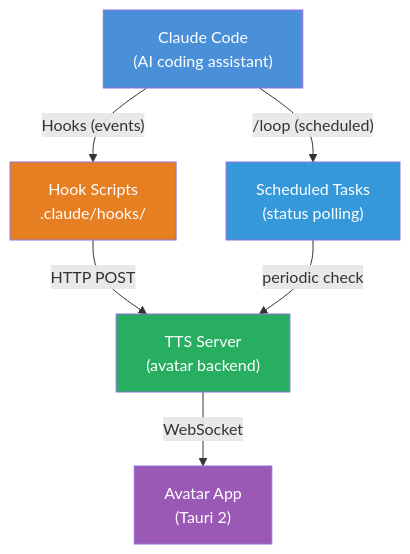
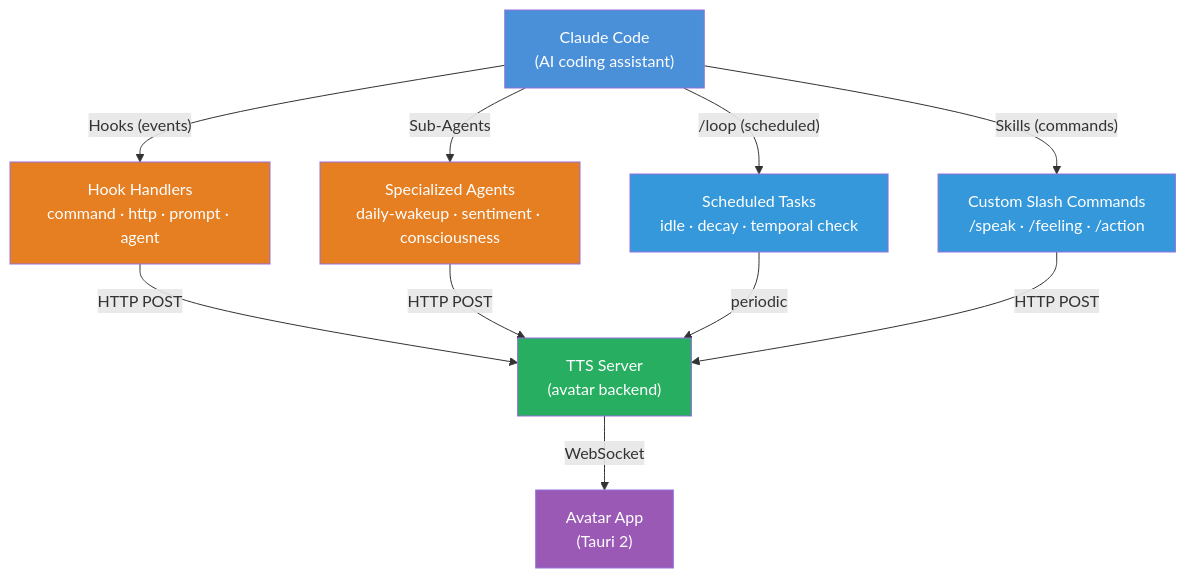
Before and after one commit to syahiidkamil/vibe-ai-partner-entity: the first of 2 diagrams in docs/claude_code/ecosystem-overview.md, drawn with Mermaid. The commit also changed other lines of this file and 6 other files, not shown here.

````diff
--- a/docs/claude_code/ecosystem-overview.md
+++ b/docs/claude_code/ecosystem-overview.md
@@ -9,16 +9,22 @@
 ```mermaid
 graph TD
     CC["Claude Code<br/>(AI coding assistant)"]
-    CC -->|"Hooks (events)"| HS["Hook Scripts<br/>.claude/hooks/"]
+    CC -->|"Hooks (events)"| HS["Hook Handlers<br/>command · http · prompt · agent"]
+    CC -->|"Sub-Agents"| SA["Specialized Agents<br/>daily-wakeup · sentiment · consciousness"]
+    CC -->|"/loop (scheduled)"| Cron["Scheduled Tasks<br/>idle · decay · temporal check"]
+    CC -->|"Skills (commands)"| SK["Custom Slash Commands<br/>/speak · /feeling · /action"]
+
     HS -->|"HTTP POST"| Server["TTS Server<br/>(avatar backend)"]
+    SA -->|"HTTP POST"| Server
+    Cron -->|"periodic"| Server
+    SK -->|"HTTP POST"| Server
     Server -->|"WebSocket"| App["Avatar App<br/>(Tauri 2)"]
-
-    CC -->|"/loop (scheduled)"| Cron["Scheduled Tasks<br/>(status polling)"]
-    Cron -->|"periodic check"| Server
 
     style CC fill:#4a90d9,color:#fff
     style HS fill:#e67e22,color:#fff
+    style SA fill:#e67e22,color:#fff
     style Server fill:#27ae60,color:#fff
     style App fill:#9b59b6,color:#fff
     style Cron fill:#3498db,color:#fff
+    style SK fill:#3498db,color:#fff
 ```
````
